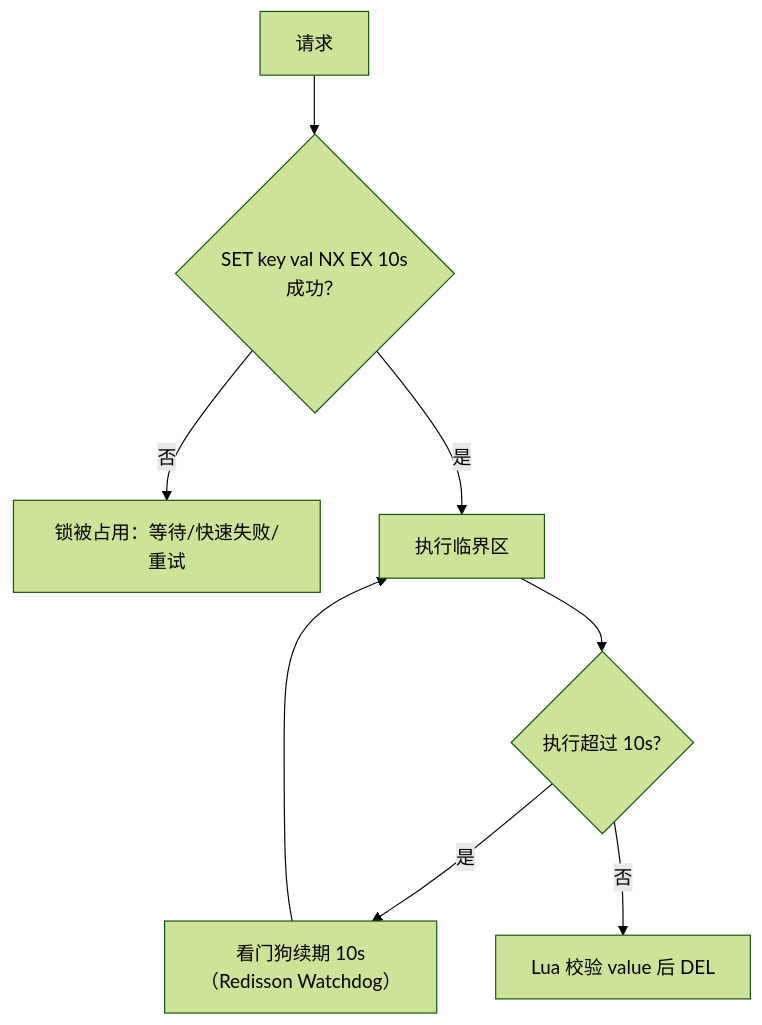
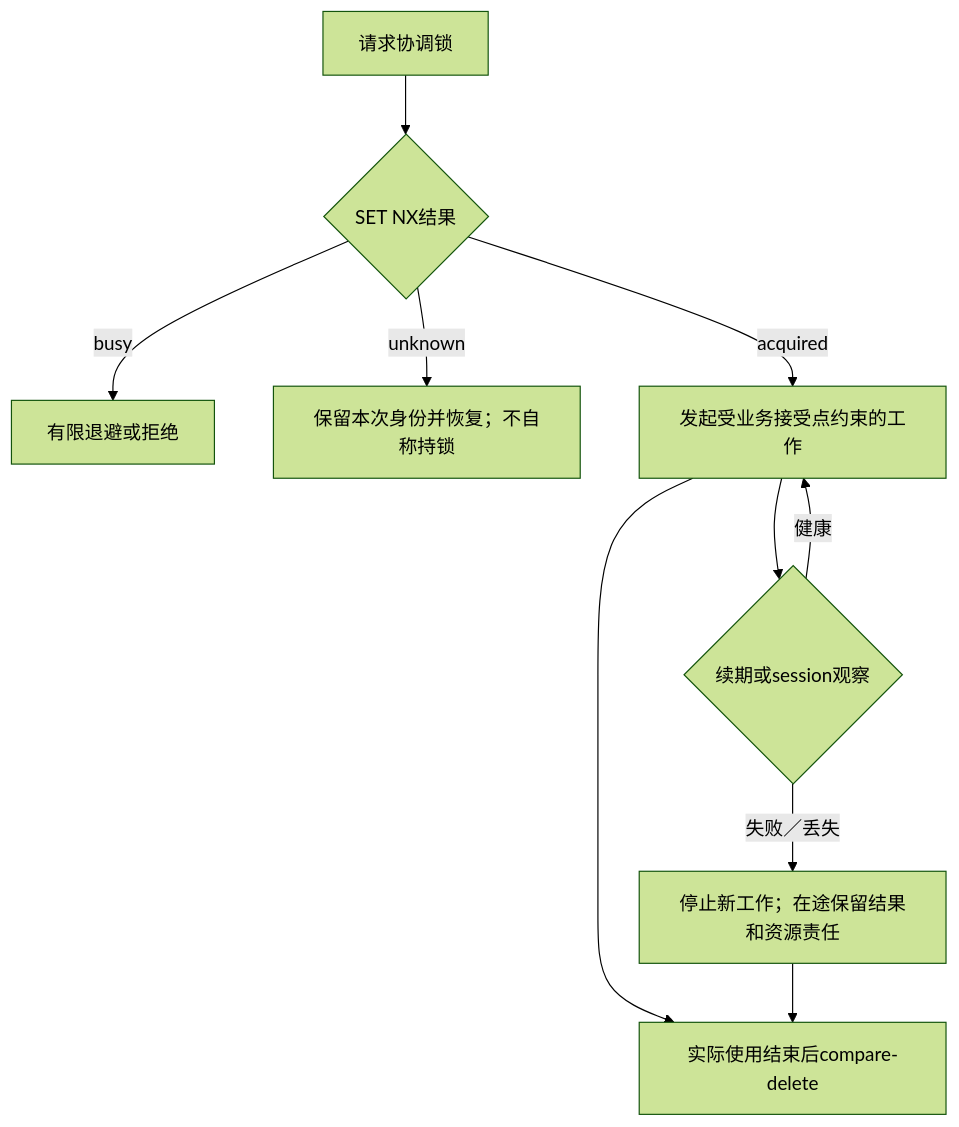
One commit to fantuan812/learning changed the seventh of 7 diagrams in 知识/07-网络与游戏服务端/持久化与分布式一致性/03-分布式与高可用.md. Above: the diagram before and after it, drawn with Mermaid (forest theme). The commit also changed other lines of this file and 1 other file, not shown here.

````diff
--- a/知识/07-网络与游戏服务端/持久化与分布式一致性/03-分布式与高可用.md
+++ b/知识/07-网络与游戏服务端/持久化与分布式一致性/03-分布式与高可用.md
@@ -275,10 +239,12 @@
 ```mermaid
 flowchart TD
-    A[请求] --> B{SET key val NX EX 10s<br/>成功？}
-    B -- 否 --> C[锁被占用：等待/快速失败/重试]
-    B -- 是 --> D[执行临界区]
-    D --> E{执行超过 10s?}
-    E -- 是 --> F[看门狗续期 10s<br/>（Redisson Watchdog）]
-    E -- 否 --> G[Lua 校验 value 后 DEL]
-    F --> D
+    A[请求协调锁] --> B{SET NX结果}
+    B -->|busy| C[有限退避或拒绝]
+    B -->|unknown| U[保留本次身份并恢复；不自称持锁]
+    B -->|acquired| D[发起受业务接受点约束的工作]
+    D --> E{续期或session观察}
+    E -->|健康| D
+    E -->|失败／丢失| S[停止新工作；在途保留结果和资源责任]
+    D --> F[实际使用结束后compare-delete]
+    S --> F
 ```
````
